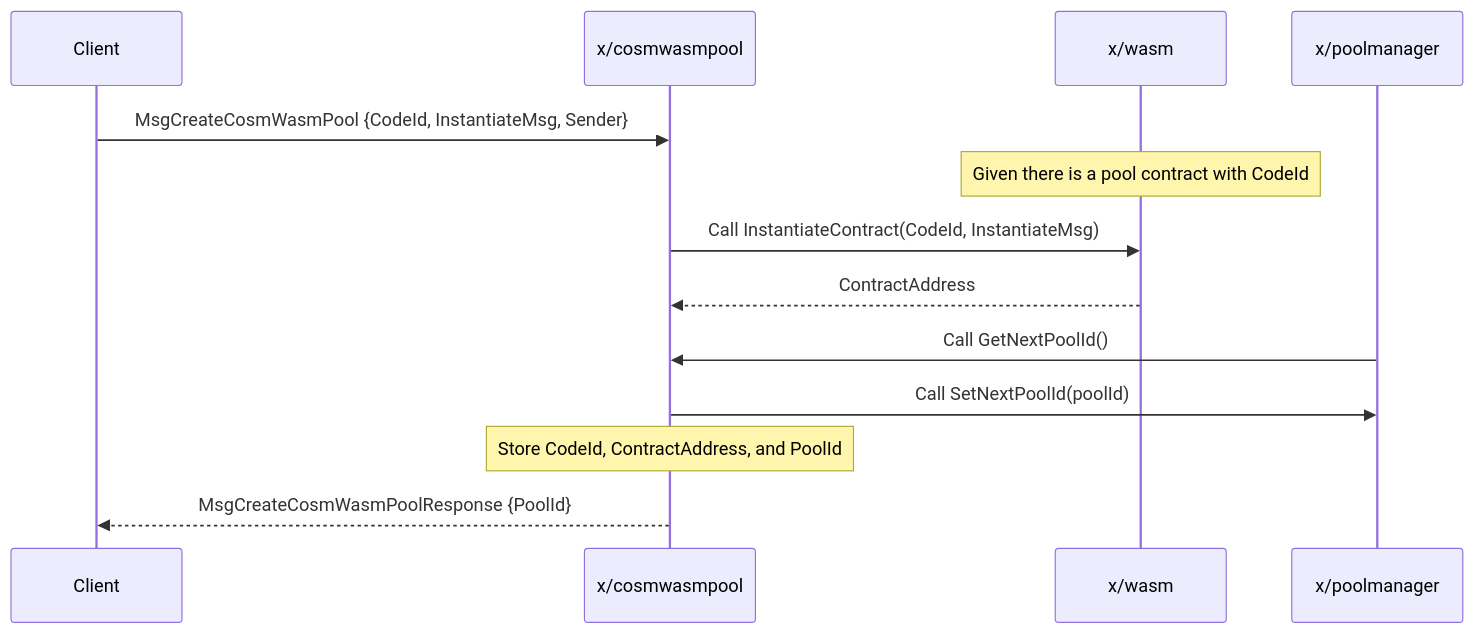
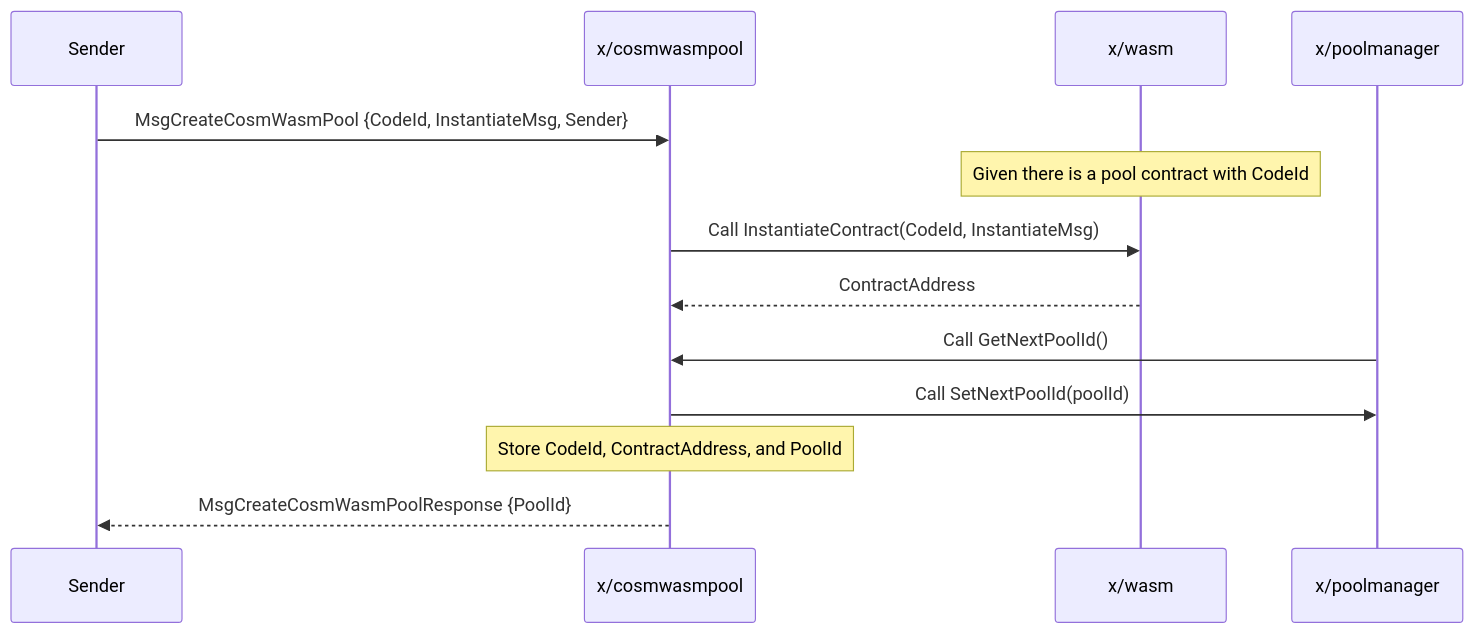
The second of 3 diagrams in x/cosmwasmpool/README.md (osmosis-labs/osmosis), drawn with Mermaid before and after one commit. The commit also changed other lines of this file, not shown here.

````diff
--- a/x/cosmwasmpool/README.md
+++ b/x/cosmwasmpool/README.md
@@ -19,21 +30,21 @@
 ```mermaid
 sequenceDiagram
-    participant Client
+    participant Sender
     participant x/cosmwasmpool
     participant x/wasm
     participant x/poolmanager
 
-    Client ->> x/cosmwasmpool: MsgCreateCosmWasmPool {CodeId, InstantiateMsg, Sender}
+    Sender ->> x/cosmwasmpool: MsgCreateCosmWasmPool {CodeId, InstantiateMsg, Sender}
 
     Note over x/wasm: Given there is a pool contract with CodeId
 
 
     x/cosmwasmpool ->> x/wasm: Call InstantiateContract(CodeId, InstantiateMsg)
     x/wasm -->> x/cosmwasmpool: ContractAddress
     x/poolmanager ->> x/cosmwasmpool: Call GetNextPoolId()
     x/cosmwasmpool ->> x/poolmanager: Call SetNextPoolId(poolId)
 
     Note over x/cosmwasmpool: Store CodeId, ContractAddress, and PoolId
 
-    x/cosmwasmpool -->>  Client: MsgCreateCosmWasmPoolResponse {PoolId}
+    x/cosmwasmpool -->>  Sender: MsgCreateCosmWasmPoolResponse {PoolId}
 ```
````
